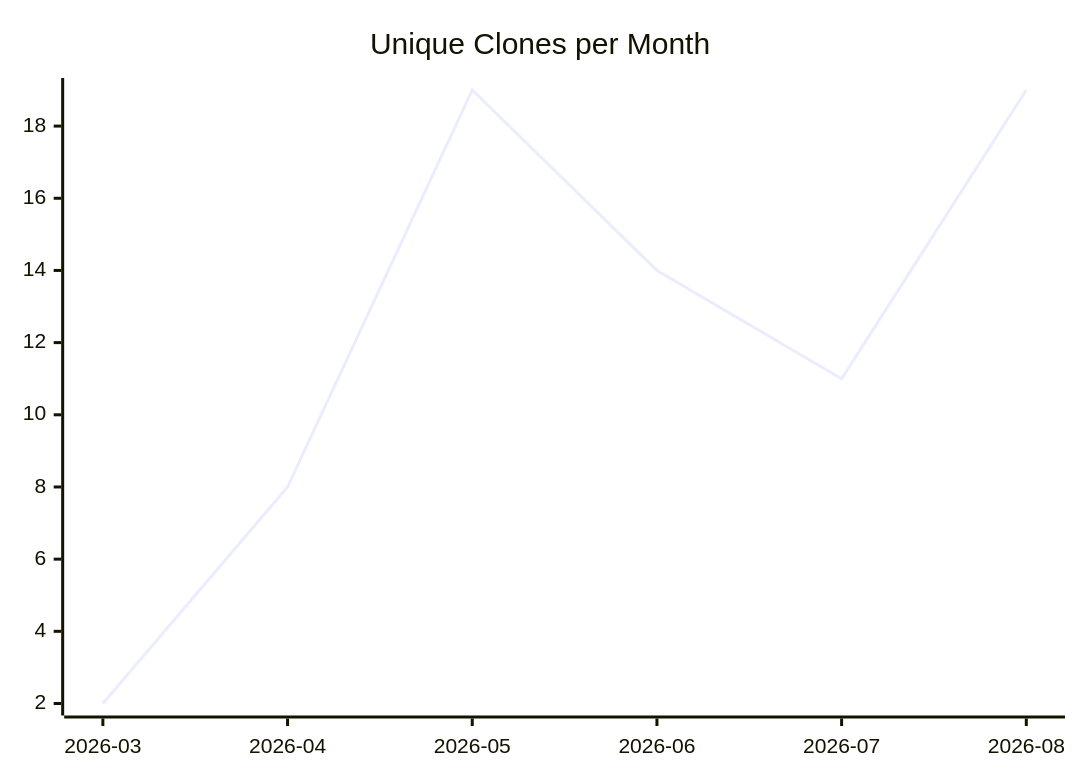
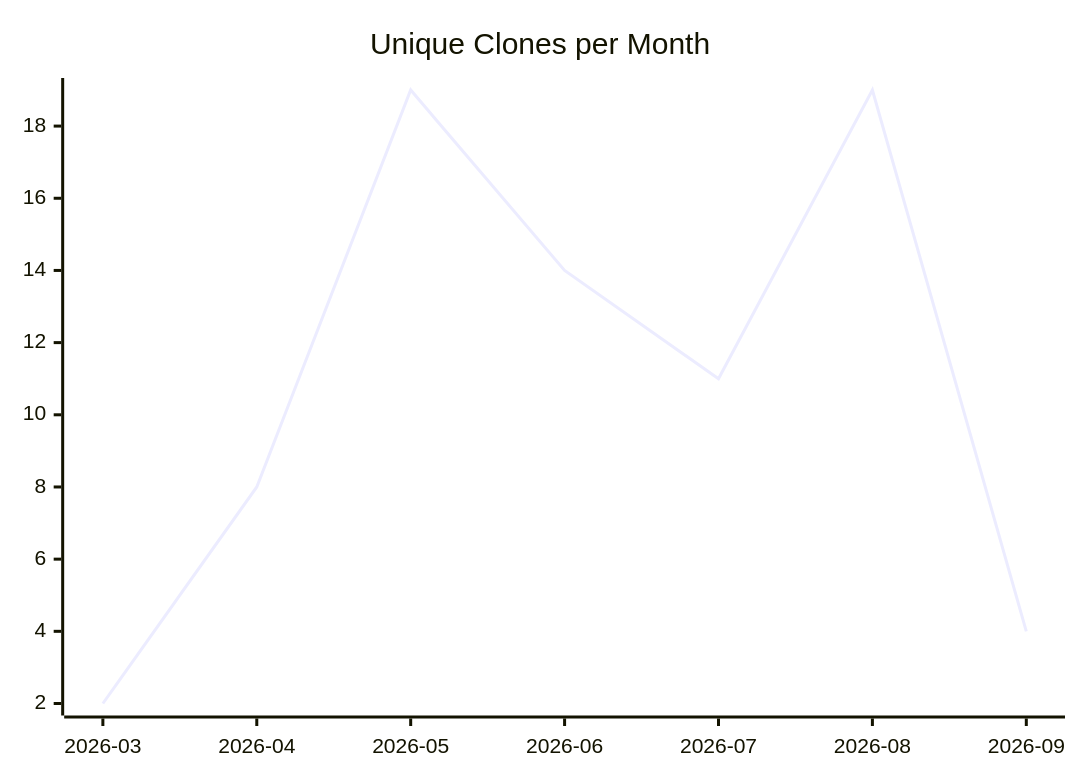
Before and after one commit to justdavis-family/github-analytics-data: the third of 3 diagrams in karlmdavis/rps-tourney/README.md, drawn with Mermaid. The commit also changed other lines of this file and 191 other files, not shown here.

````diff
--- a/karlmdavis/rps-tourney/README.md
+++ b/karlmdavis/rps-tourney/README.md
@@ -19,6 +19,6 @@
 ```mermaid
 xychart-beta
   title "Unique Clones per Month"
-  x-axis ["2026-03", "2026-04", "2026-05", "2026-06", "2026-07", "2026-08"]
-  line [2, 8, 19, 14, 11, 19]
+  x-axis ["2026-03", "2026-04", "2026-05", "2026-06", "2026-07", "2026-08", "2026-09"]
+  line [2, 8, 19, 14, 11, 19, 4]
 ```
````
